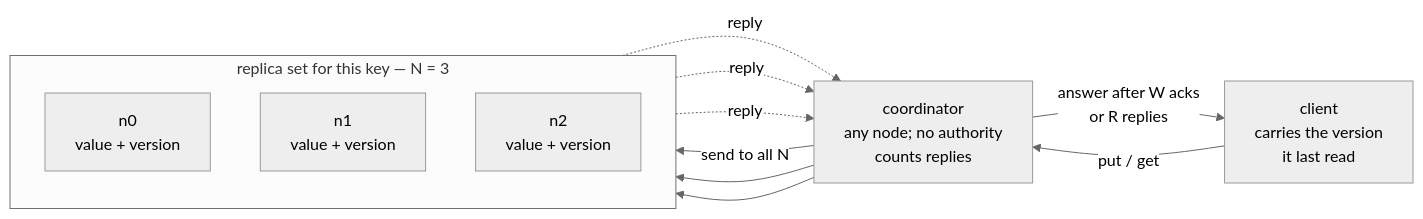
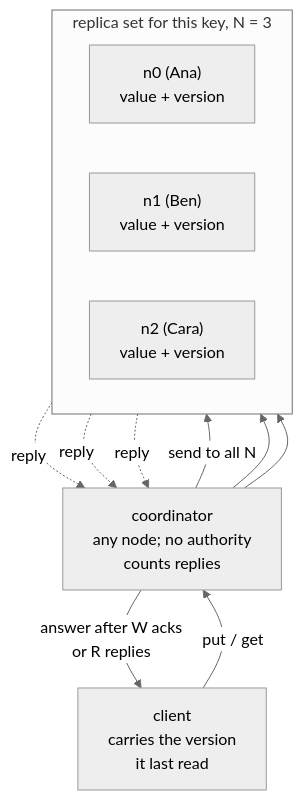
One commit to ravivarmachaluvadi/Learning changed the second of 3 diagrams in quorums-and-replication/README.md. Above: the diagram before and after it, drawn with Mermaid (neutral theme). The commit also changed other lines of this file and 5 other files, not shown here.

````diff
--- a/quorums-and-replication/README.md
+++ b/quorums-and-replication/README.md
@@ -331,19 +431,19 @@
 ```mermaid
-flowchart LR
-    CL["client<br/>carries the version<br/>it last read"]
-    CO["coordinator<br/>any node; no authority<br/>counts replies"]
-    subgraph RS["replica set for this key — N = 3"]
-      direction TB
-      R0["n0<br/>value + version"]
-      R1["n1<br/>value + version"]
-      R2["n2<br/>value + version"]
+flowchart TD
+    CL["client<br>carries the version<br>it last read"]
+    CO["coordinator<br>any node; no authority<br>counts replies"]
+    subgraph RS["replica set for this key, N = 3"]
+      direction LR
+      R0["n0 (Ana)<br>value + version"]
+      R1["n1 (Ben)<br>value + version"]
+      R2["n2 (Cara)<br>value + version"]
     end
     CL -- "put / get" --> CO
     CO -- "send to all N" --> R0
     CO --> R1
     CO --> R2
     R0 -. "reply" .-> CO
     R1 -. "reply" .-> CO
     R2 -. "reply" .-> CO
-    CO -- "answer after W acks<br/>or R replies" --> CL
+    CO -- "answer after W acks<br>or R replies" --> CL
 ```
````
